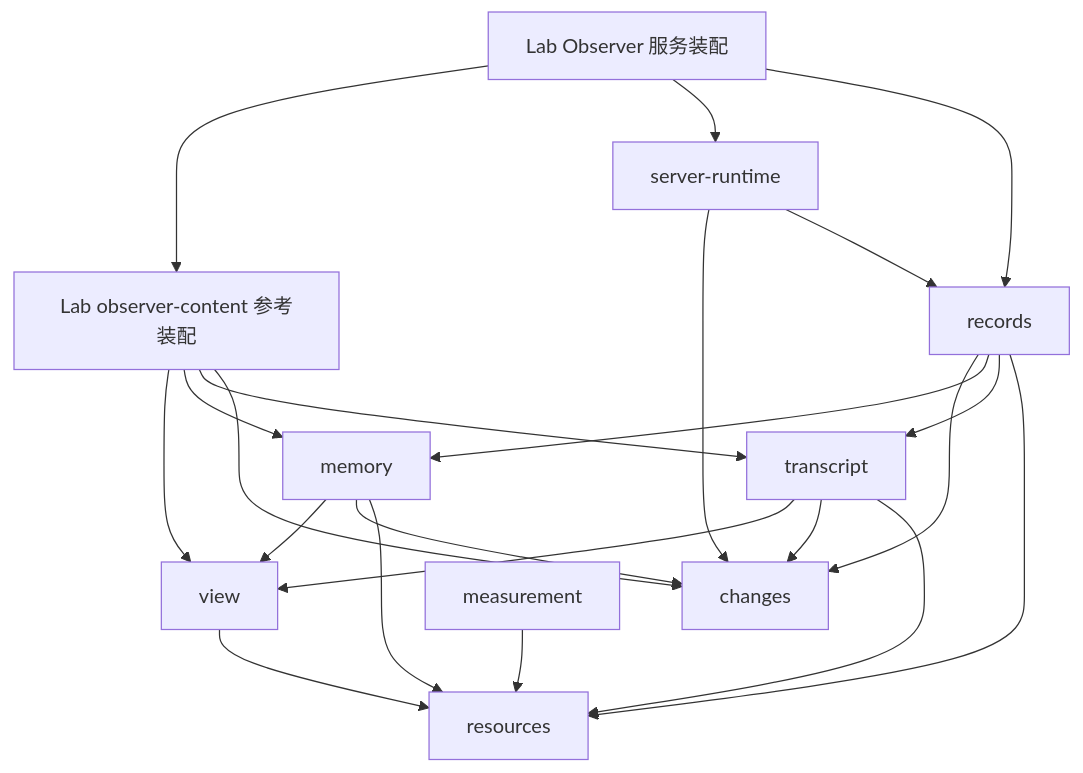
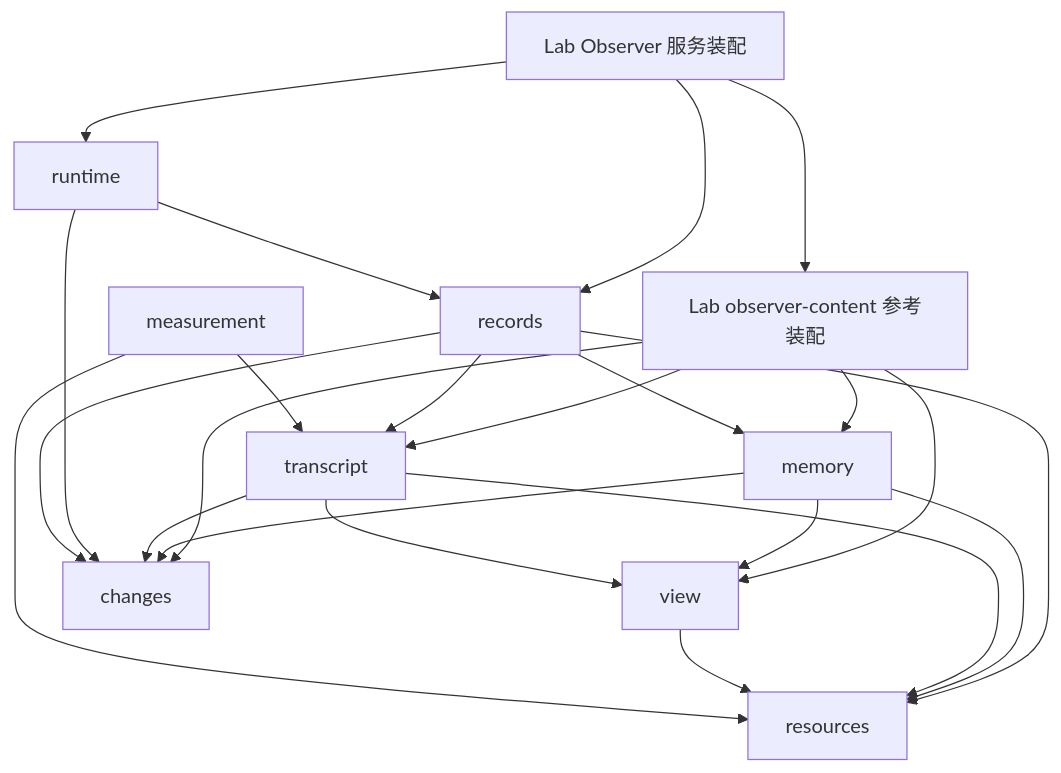
Before and after one commit to weiliang0121/capix: the first of 2 diagrams in docs/content-entities-packages.md, drawn with Mermaid. The commit also changed other lines of this file and 137 other files, not shown here.

````diff
--- a/docs/content-entities-packages.md
+++ b/docs/content-entities-packages.md
@@ -27,24 +27,25 @@
 ```mermaid
 flowchart TD
   Service[Lab Observer 服务装配] --> Content[Lab observer-content 参考装配]
-  Service --> Runtime[server-runtime]
+  Service --> Runtime[runtime]
   Service --> Records[records]
   Content --> View[view]
   Content --> Memory[memory]
   Content --> Transcript[transcript]
   Content --> Changes[changes]
   Memory --> View
   Transcript --> View
   Memory --> Changes
   Transcript --> Changes
   Runtime --> Changes
   Runtime --> Records
   Records --> Changes
   Records --> Memory
   Records --> Transcript
   Records --> Resources[resources]
   Memory --> Resources
   Transcript --> Resources
   View --> Resources
-  Selection[measurement] --> Resources
+  Selection[measurement] --> Transcript
+  Selection --> Resources
 ```
````
